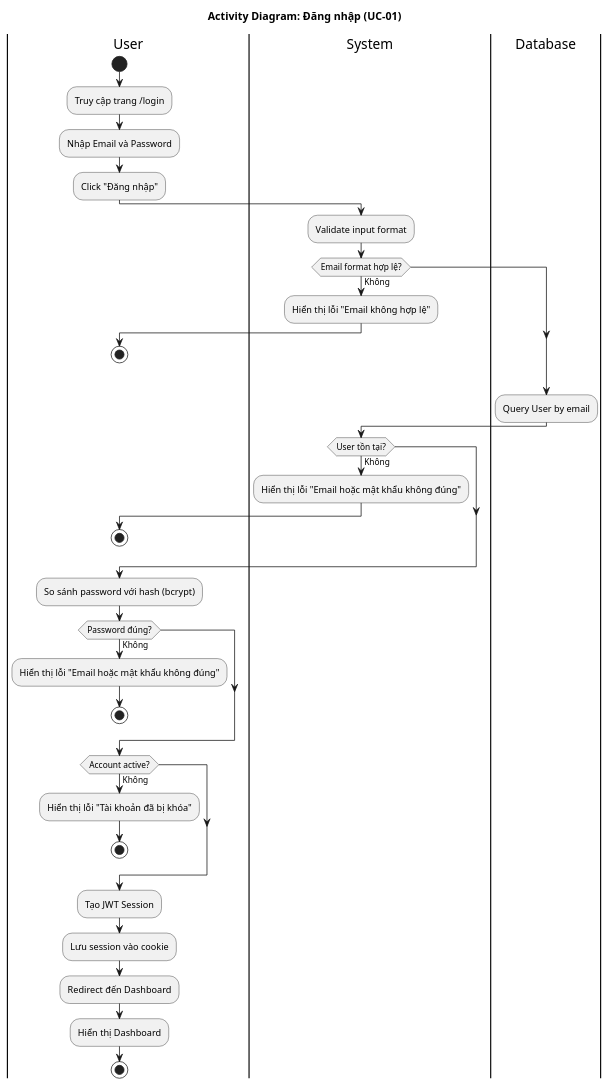
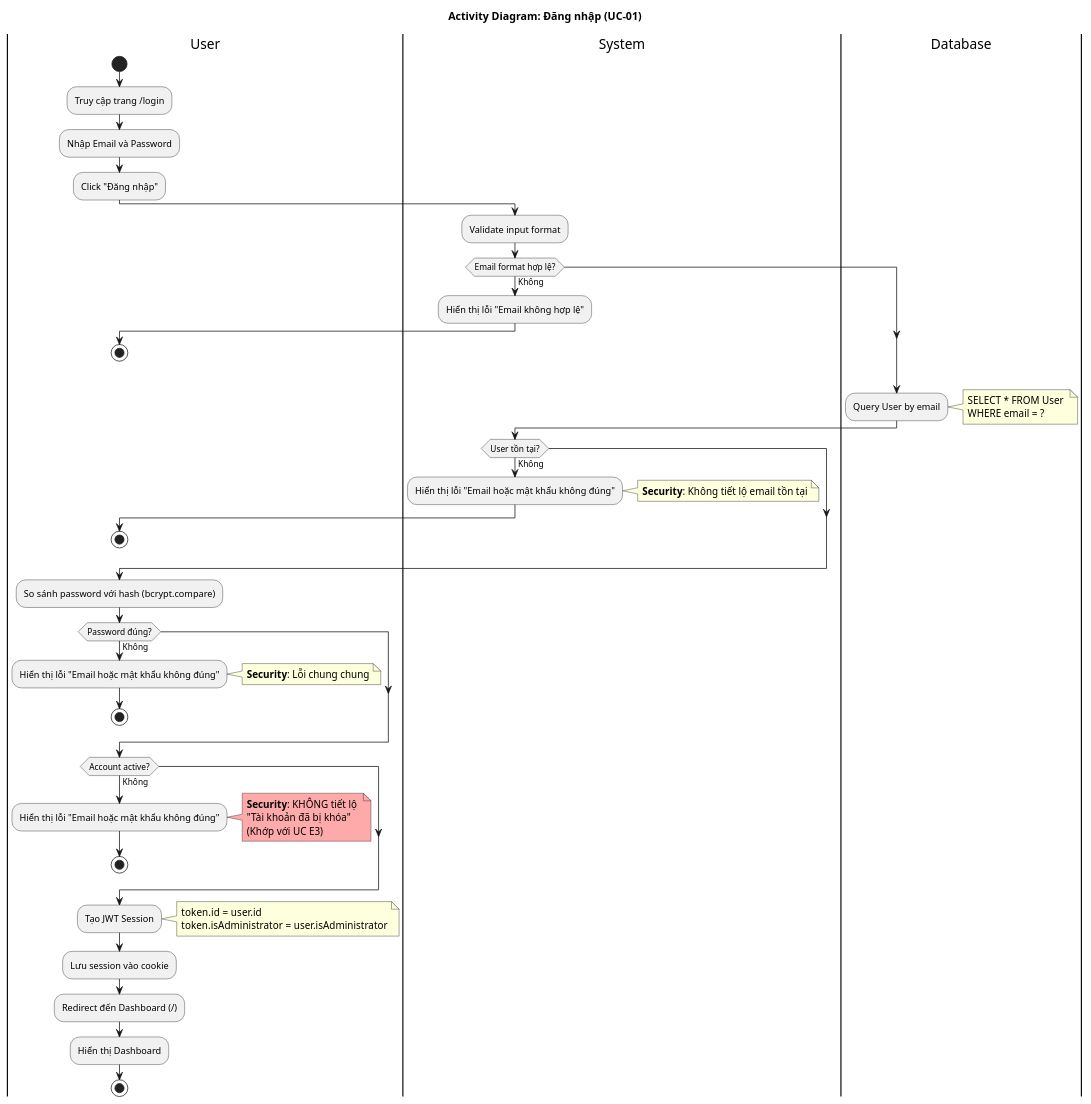
One commit to docuong039/worksphere changed the diagram in docs/activity_diagram/01-login.md. Above: the diagram before and after it, drawn with PlantUML. The commit also changed other lines of this file and 44 other files, not shown here.

Commit message:
update diagram trong docs

````diff
--- a/docs/activity_diagram/01-login.md
+++ b/docs/activity_diagram/01-login.md
@@ -22,54 +24,69 @@
 ```plantuml
 @startuml
 title Activity Diagram: Đăng nhập (UC-01)
 
 |User|
 start
 :Truy cập trang /login;
 :Nhập Email và Password;
 :Click "Đăng nhập";
 
 |System|
 :Validate input format;
 
 if (Email format hợp lệ?) then (Không)
   :Hiển thị lỗi "Email không hợp lệ";
   |User|
   stop
 endif
 
 |Database|
 :Query User by email;
+note right
+  SELECT * FROM User 
+  WHERE email = ?
+end note
 
 |System|
 if (User tồn tại?) then (Không)
   :Hiển thị lỗi "Email hoặc mật khẩu không đúng";
+  note right: **Security**: Không tiết lộ email tồn tại
   |User|
   stop
 endif
 
-:So sánh password với hash (bcrypt);
+:So sánh password với hash (bcrypt.compare);
 
 if (Password đúng?) then (Không)
   :Hiển thị lỗi "Email hoặc mật khẩu không đúng";
+  note right: **Security**: Lỗi chung chung
   |User|
   stop
 endif
 
 if (Account active?) then (Không)
-  :Hiển thị lỗi "Tài khoản đã bị khóa";
+  :Hiển thị lỗi "Email hoặc mật khẩu không đúng";
+  note right #FFAAAA
+    **Security**: KHÔNG tiết lộ 
+    "Tài khoản đã bị khóa"
+    (Khớp với UC E3)
+  end note
   |User|
   stop
 endif
 
 :Tạo JWT Session;
+note right
+  token.id = user.id
+  token.isAdministrator = user.isAdministrator
+end note
 :Lưu session vào cookie;
 
 |User|
-:Redirect đến Dashboard;
+:Redirect đến Dashboard (/);
 :Hiển thị Dashboard;
 
 stop
 
 @enduml
 ```
````
